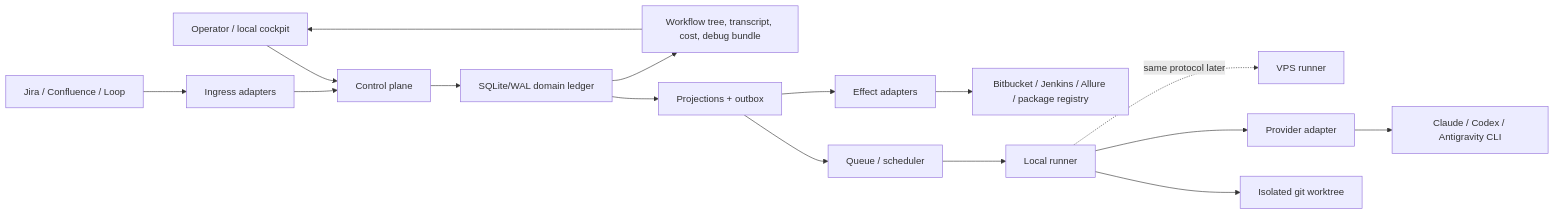
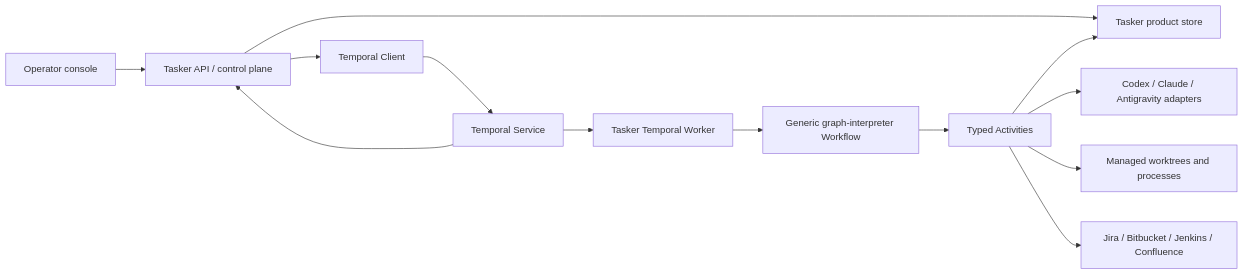
Before and after one commit to Muslik/tasker: the diagram in docs/codex/architecture.md, drawn with Mermaid. The commit also changed other lines of this file and 21 other files, not shown here.

````diff
--- a/docs/codex/architecture.md
+++ b/docs/codex/architecture.md
@@ -68,18 +61,15 @@
 ```mermaid
 flowchart LR
-    O["Operator / local cockpit"] --> C["Control plane"]
-    J["Jira / Confluence / Loop"] --> I["Ingress adapters"]
-    I --> C
-    C --> L["SQLite/WAL domain ledger"]
-    L --> P["Projections + outbox"]
-    P --> Q["Queue / scheduler"]
-    Q --> R["Local runner"]
-    R --> W["Isolated git worktree"]
-    R --> A["Provider adapter"]
-    A --> X["Claude / Codex / Antigravity CLI"]
-    P --> E["Effect adapters"]
-    E --> B["Bitbucket / Jenkins / Allure / package registry"]
-    L --> D["Workflow tree, transcript, cost, debug bundle"]
-    D --> O
-    R -. "same protocol later" .-> V["VPS runner"]
+  U["Operator console"] --> API["Tasker API / control plane"]
+  API --> DB["Tasker product store"]
+  API --> TC["Temporal Client"]
+  TC --> TS["Temporal Service"]
+  TS --> TW["Tasker Temporal Worker"]
+  TW --> WF["Generic graph-interpreter Workflow"]
+  WF --> ACT["Typed Activities"]
+  ACT --> AG["Codex / Claude / Antigravity adapters"]
+  ACT --> WT["Managed worktrees and processes"]
+  ACT --> EXT["Jira / Bitbucket / Jenkins / Confluence"]
+  ACT --> DB
+  TS --> API
 ```
````
